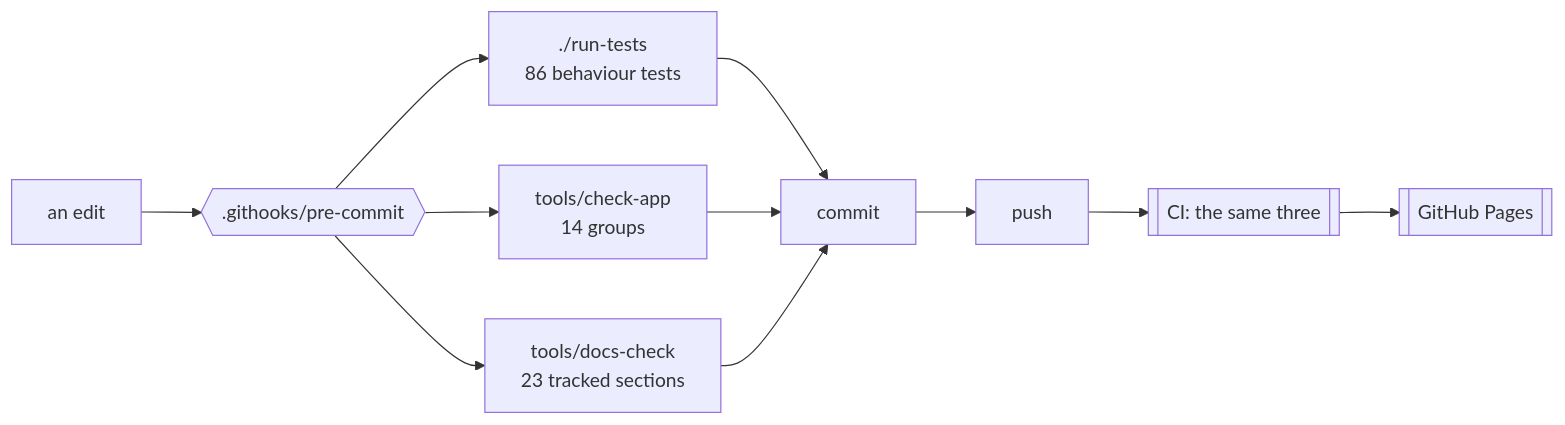
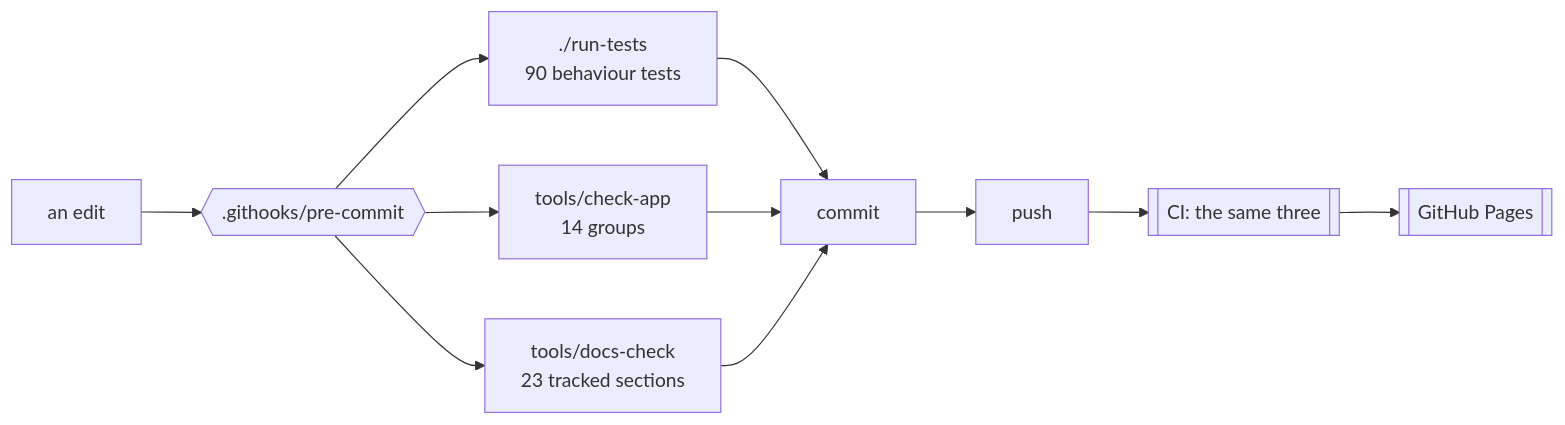
One commit to minormending/crystal-pilot-mobile changed the diagram in docs/DEVELOPING.md. Above: the diagram before and after it, drawn with Mermaid. The commit also changed other lines of this file and 7 other files, not shown here.

````diff
--- a/docs/DEVELOPING.md
+++ b/docs/DEVELOPING.md
@@ -15,12 +15,12 @@
 ```mermaid
 flowchart LR
     E[an edit] --> H{{".githooks/pre-commit"}}
-    H --> T["./run-tests<br/>86 behaviour tests"]
+    H --> T["./run-tests<br/>90 behaviour tests"]
     H --> C["tools/check-app<br/>14 groups"]
     H --> D["tools/docs-check<br/>23 tracked sections"]
     T --> OK[commit]
     C --> OK
     D --> OK
     OK --> P[push] --> CI[["CI: the same three"]]
     CI --> PG[[GitHub Pages]]
 ```
````
